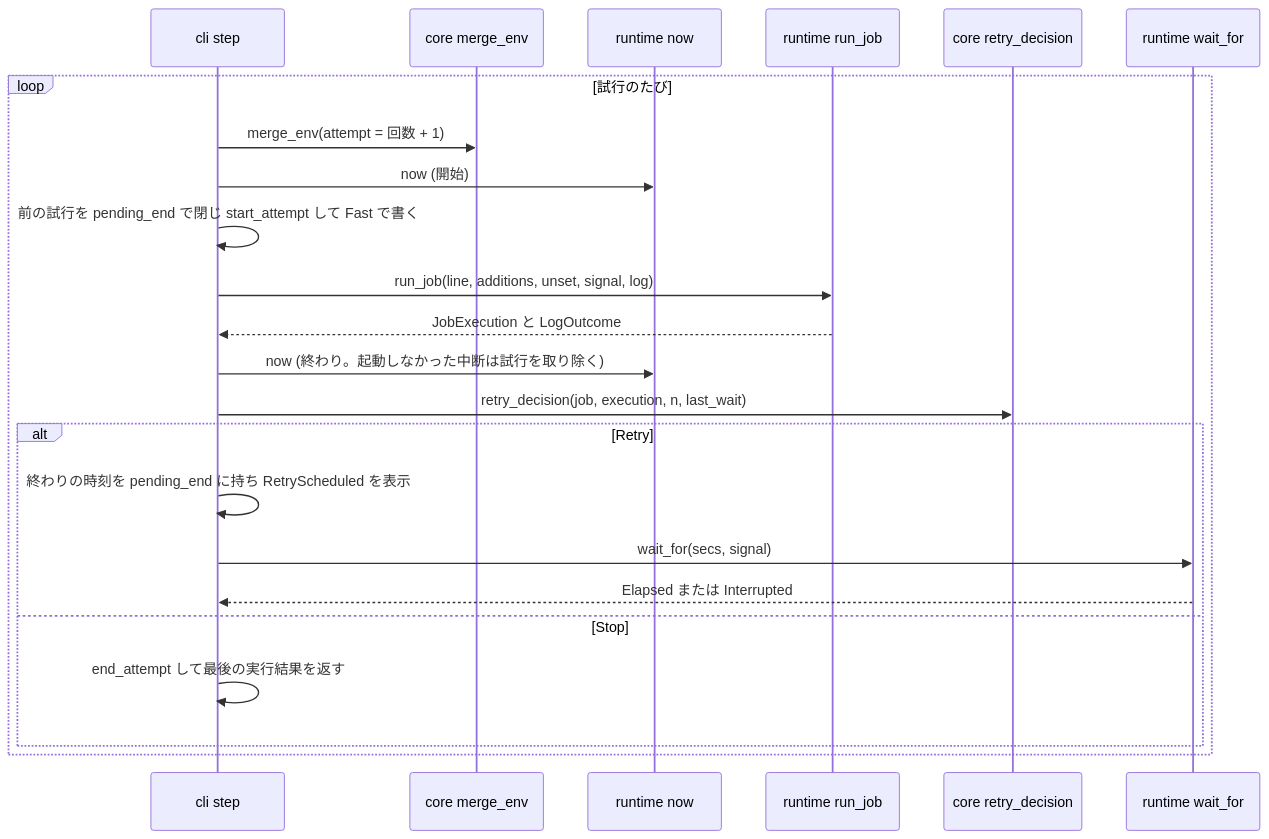
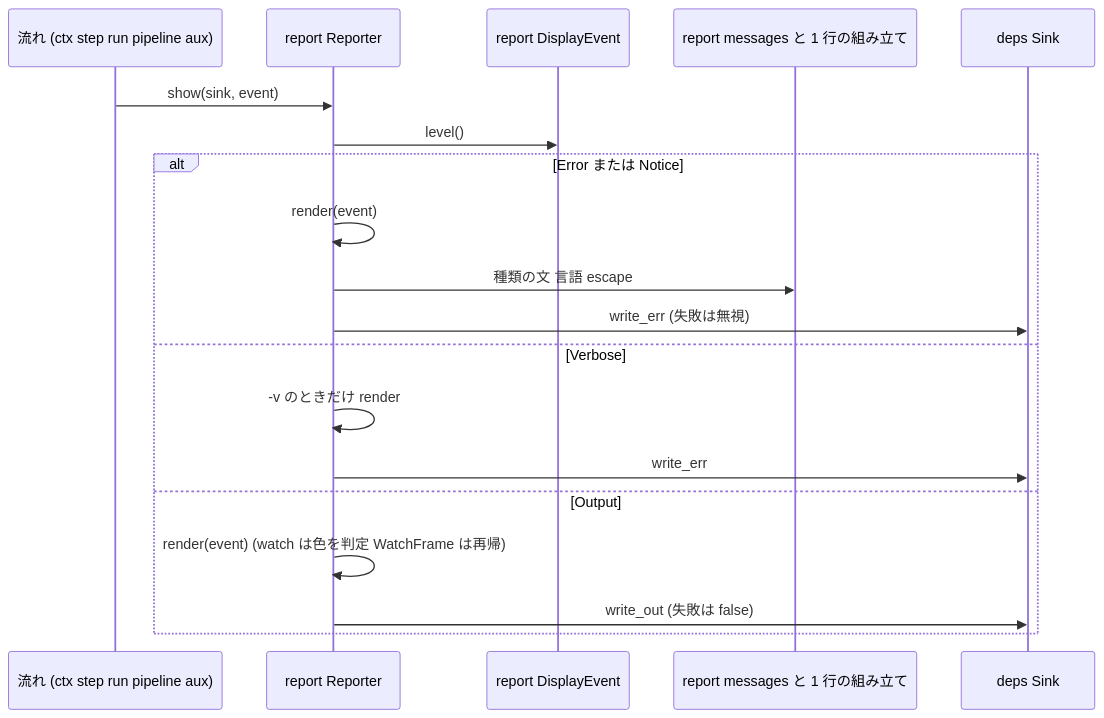
The fifth of 7 diagrams in aidlc/spaces/default/codekb/rust-job-conductor/architecture.md (agwlvssainokuni/rust-job-conductor), drawn with Mermaid before and after one commit. The commit also changed other lines of this file and 15 other files, not shown here.

````diff
--- a/aidlc/spaces/default/codekb/rust-job-conductor/architecture.md
+++ b/aidlc/spaces/default/codekb/rust-job-conductor/architecture.md
@@ -126,25 +176,21 @@
 ```mermaid
 sequenceDiagram
-    participant S as cli step
-    participant M as core merge_env
-    participant C as runtime now
-    participant RT as runtime run_job
-    participant D as core retry_decision
-    participant W as runtime wait_for
-    loop 試行のたび
-        S->>M: merge_env(attempt = 回数 + 1)
-        S->>C: now (開始)
-        S->>S: 前の試行を pending_end で閉じ start_attempt して Fast で書く
-        S->>RT: run_job(line, additions, unset, signal, log)
-        RT-->>S: JobExecution と LogOutcome
-        S->>C: now (終わり。起動しなかった中断は試行を取り除く)
-        S->>D: retry_decision(job, execution, n, last_wait)
-        alt Retry
-            S->>S: 終わりの時刻を pending_end に持ち RetryScheduled を表示
-            S->>W: wait_for(secs, signal)
-            W-->>S: Elapsed または Interrupted
-        else Stop
-            S->>S: end_attempt して最後の実行結果を返す
-        end
+    participant F as 流れ (ctx step run pipeline aux)
+    participant R as report Reporter
+    participant E as report DisplayEvent
+    participant M as report messages と 1 行の組み立て
+    participant S as deps Sink
+    F->>R: show(sink, event)
+    R->>E: level()
+    alt Error または Notice
+        R->>R: render(event)
+        R->>M: 種類の文 言語 escape
+        R->>S: write_err (失敗は無視)
+    else Verbose
+        R->>R: -v のときだけ render
+        R->>S: write_err
+    else Output
+        R->>R: render(event) (watch は色を判定 WatchFrame は再帰)
+        R->>S: write_out (失敗は false)
     end
 ```
````
